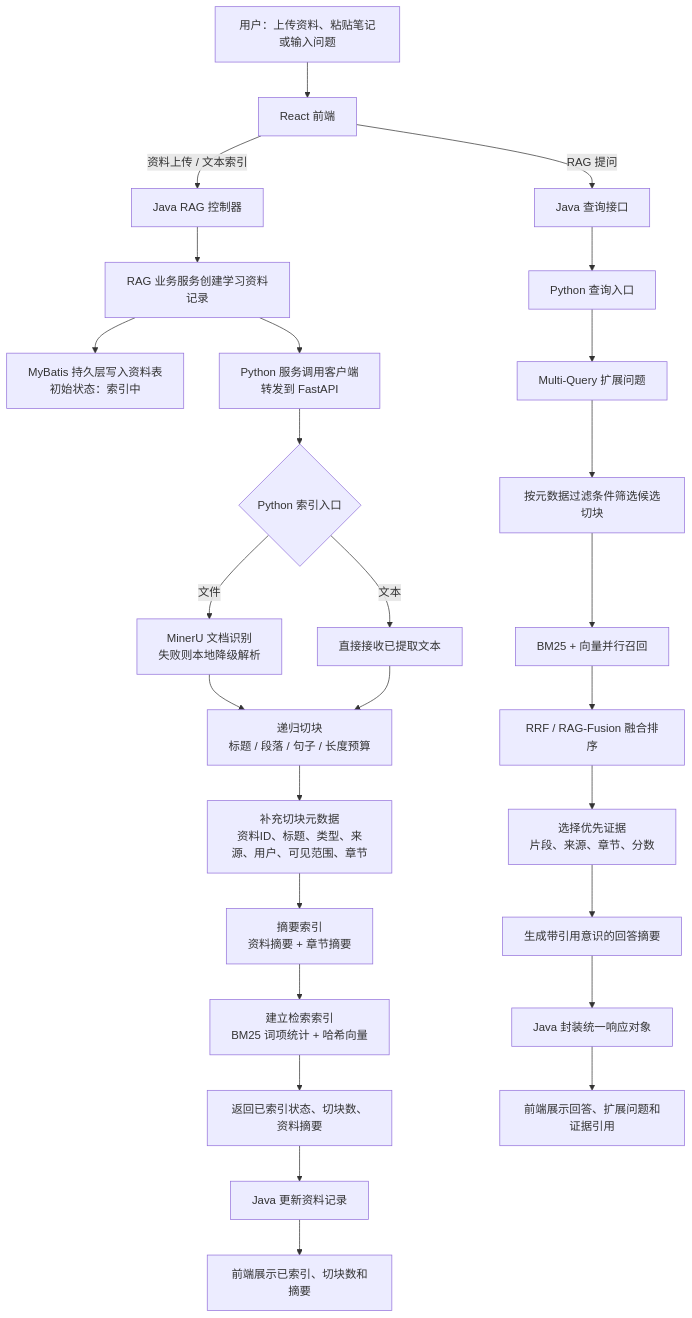
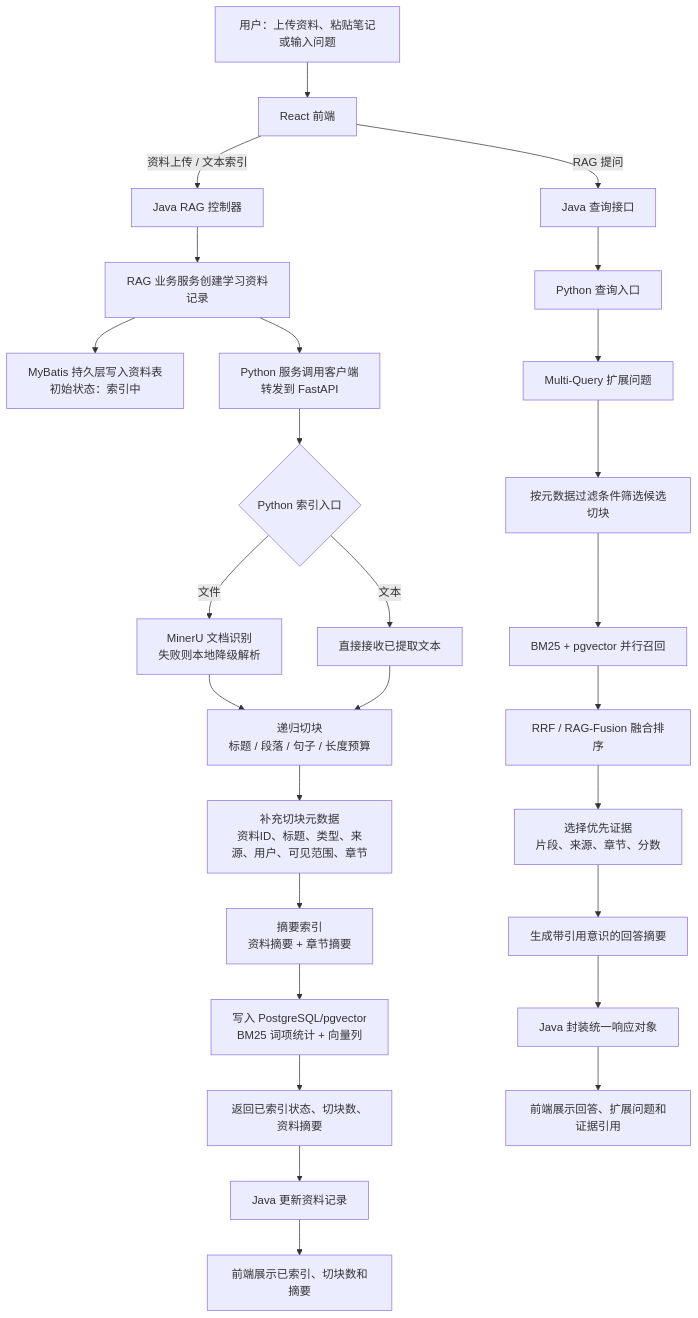
Before and after one commit to HeWhenJay/Multimodal-RAG-Agent-Learning-Evidence-Platform: the first of 4 diagrams in README.md, drawn with Mermaid. The commit also changed other lines of this file and 11 other files, not shown here.

Commit message:
feat: 接入 PostgreSQL pgvector RAG 仓库

````diff
--- a/README.md
+++ b/README.md
@@ -22,32 +22,32 @@
 ```mermaid
 flowchart TD
     U["用户：上传资料、粘贴笔记或输入问题"] --> FE["React 前端"]
 
     FE -->|"资料上传 / 文本索引"| JC["Java RAG 控制器"]
     JC --> JS["RAG 业务服务创建学习资料记录"]
     JS --> DB["MyBatis 持久层写入资料表<br/>初始状态：索引中"]
     JS --> PC["Python 服务调用客户端<br/>转发到 FastAPI"]
 
     PC --> PYI{"Python 索引入口"}
     PYI -->|"文件"| MU["MinerU 文档识别<br/>失败则本地降级解析"]
     PYI -->|"文本"| TXT["直接接收已提取文本"]
     MU --> CH["递归切块<br/>标题 / 段落 / 句子 / 长度预算"]
     TXT --> CH
     CH --> META["补充切块元数据<br/>资料ID、标题、类型、来源、用户、可见范围、章节"]
     META --> SUM["摘要索引<br/>资料摘要 + 章节摘要"]
-    SUM --> IDX["建立检索索引<br/>BM25 词项统计 + 哈希向量"]
+    SUM --> IDX["写入 PostgreSQL/pgvector<br/>BM25 词项统计 + 向量列"]
     IDX --> IR["返回已索引状态、切块数、资料摘要"]
     IR --> JU["Java 更新资料记录"]
     JU --> FEI["前端展示已索引、切块数和摘要"]
 
     FE -->|"RAG 提问"| JQ["Java 查询接口"]
     JQ --> PQ["Python 查询入口"]
     PQ --> MQ["Multi-Query 扩展问题"]
     MQ --> FILTER["按元数据过滤条件筛选候选切块"]
-    FILTER --> RET["BM25 + 向量并行召回"]
+    FILTER --> RET["BM25 + pgvector 并行召回"]
     RET --> FUSE["RRF / RAG-Fusion 融合排序"]
     FUSE --> EV["选择优先证据<br/>片段、来源、章节、分数"]
     EV --> ANS["生成带引用意识的回答摘要"]
     ANS --> JR["Java 封装统一响应对象"]
     JR --> UI["前端展示回答、扩展问题和证据引用"]
 ```
````
